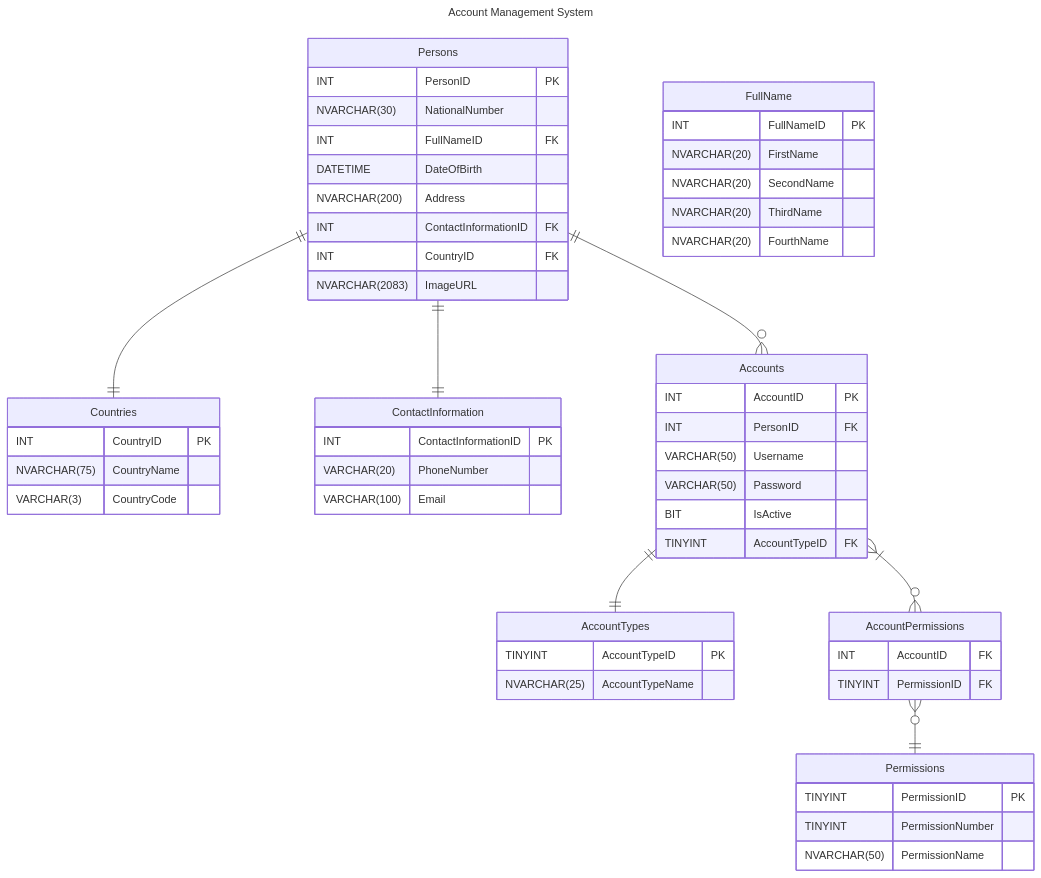
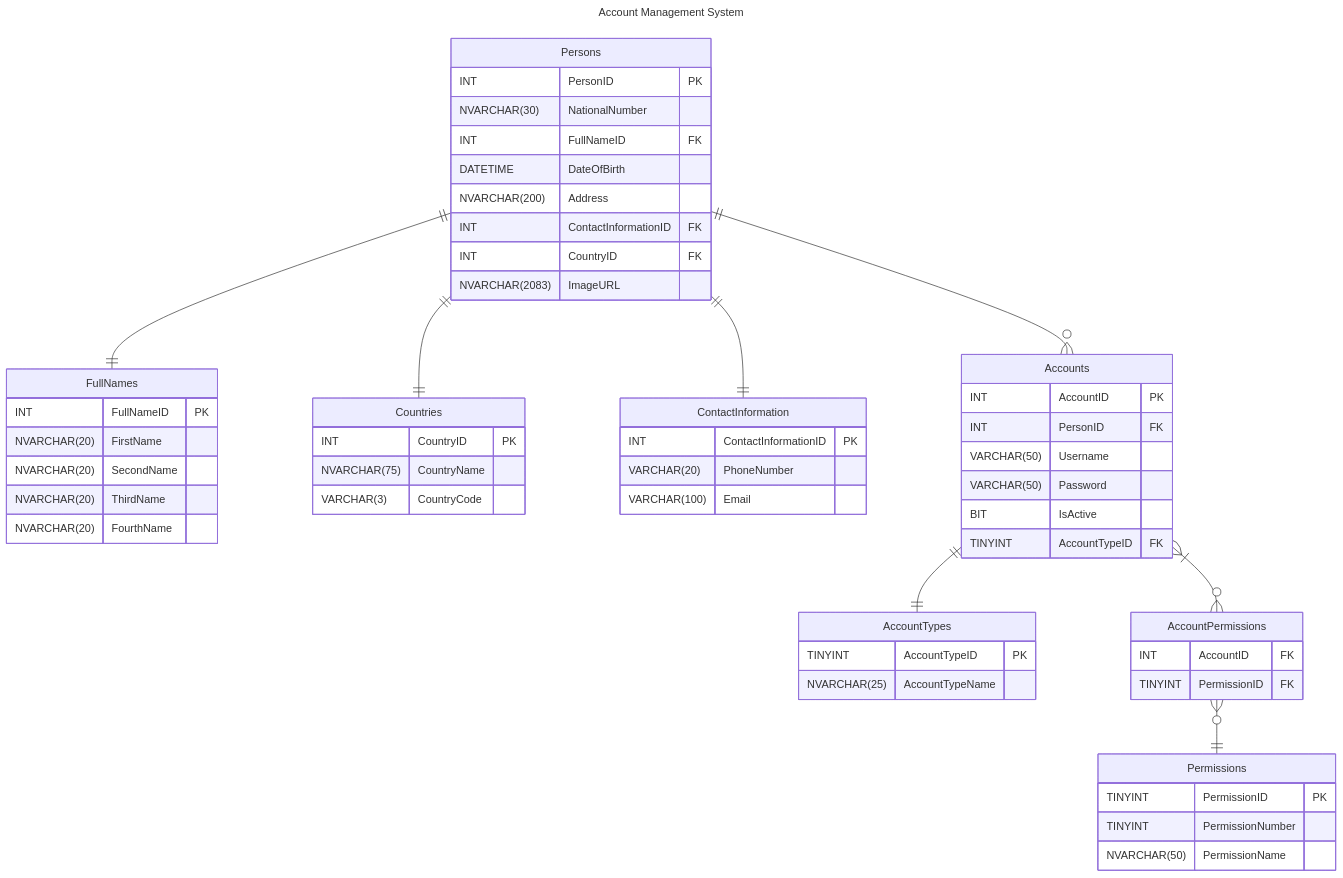
One commit to M4MD24/Full-Real-Project-by-Programming-Advices changed the diagram in RelationalSchemasAndDatabases/AccountManagementSystem/AccountManagementSystem.mmd. Above: the diagram before and after it, drawn with Mermaid. The commit also changed 1 other file, not shown here.

Commit message:
Rename (FullName) Table to (FullNames) in Relational Schemas and Set FullNames Relationship

```diff
--- a/RelationalSchemasAndDatabases/AccountManagementSystem/AccountManagementSystem.mmd
+++ b/RelationalSchemasAndDatabases/AccountManagementSystem/AccountManagementSystem.mmd
@@ -1,59 +1,60 @@
 ---
 title: Account Management System
 ---
 erDiagram
     Persons {
         INT PersonID PK
         NVARCHAR(30) NationalNumber
         INT FullNameID FK
         DATETIME DateOfBirth
         NVARCHAR(200) Address
         INT ContactInformationID FK
         INT CountryID FK
         NVARCHAR(2083) ImageURL
     }
-    FullName {
+    FullNames {
         INT FullNameID PK
         NVARCHAR(20) FirstName
         NVARCHAR(20) SecondName
         NVARCHAR(20) ThirdName
         NVARCHAR(20) FourthName
     }
     Countries {
         INT CountryID PK
         NVARCHAR(75) CountryName
         VARCHAR(3) CountryCode
     }
     ContactInformation {
         INT ContactInformationID PK
         VARCHAR(20) PhoneNumber
         VARCHAR(100) Email
     }
     AccountTypes {
         TINYINT AccountTypeID PK
         NVARCHAR(25) AccountTypeName
     }
     Accounts {
         INT AccountID PK
         INT PersonID FK
         VARCHAR(50) Username
         VARCHAR(50) Password
         BIT IsActive
         TINYINT AccountTypeID FK
     }
     AccountPermissions {
         INT AccountID FK
         TINYINT PermissionID FK
     }
     Permissions {
         TINYINT PermissionID PK
         TINYINT PermissionNumber
         NVARCHAR(50) PermissionName
     }
 
+    Persons ||--|| FullNames: ""
     Persons ||--|| Countries: ""
     Persons ||--|| ContactInformation: ""
     Persons ||--o{ Accounts: ""
     Accounts ||--|| AccountTypes: ""
     Accounts }|--o{ AccountPermissions: ""
     AccountPermissions }o--|| Permissions: ""
```
